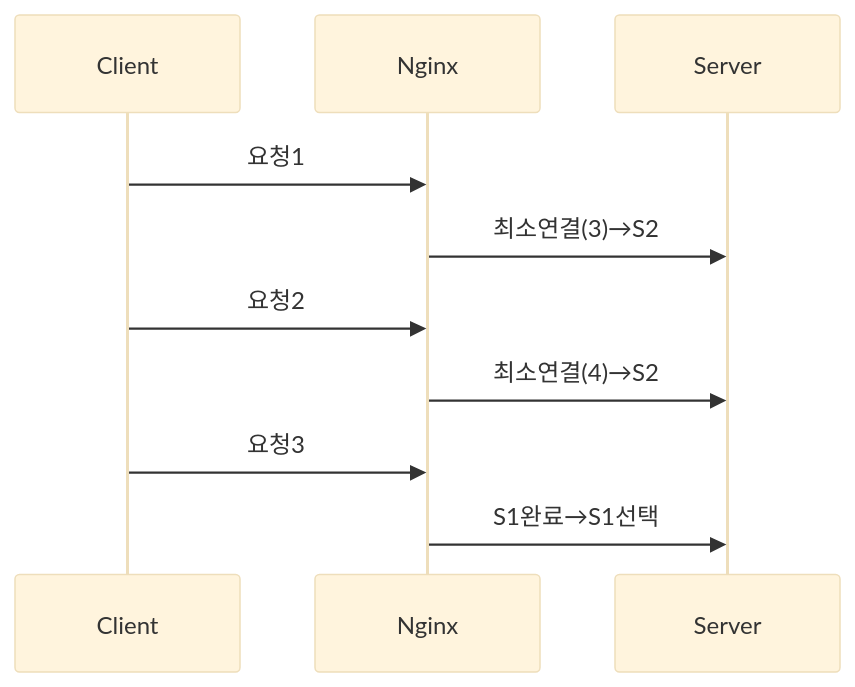
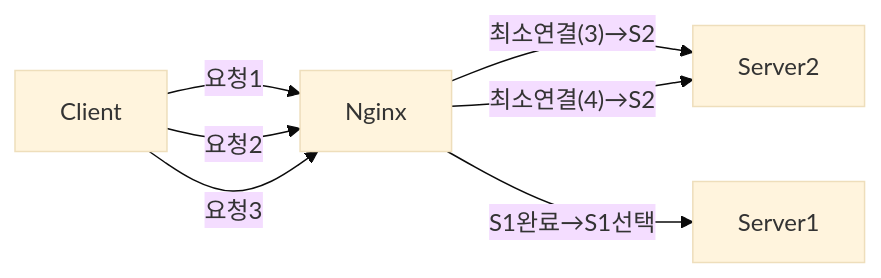
One commit to yjkim2015/yjkim2015.github.io changed the tenth of 18 diagrams in _posts/server/2026-05-01-nginx.md. Above: the diagram before and after it, drawn with Mermaid (base theme). The commit also changed other lines of this file and 32 other files, not shown here.

First line of the commit message:
sequenceDiagram 82개 → graph LR 변환 완료

````diff
--- a/_posts/server/2026-05-01-nginx.md
+++ b/_posts/server/2026-05-01-nginx.md
@@ -375,12 +372,9 @@
 ```mermaid
-sequenceDiagram
-    participant C as Client
-    participant N as Nginx
-    participant S as Server
-    C->>N: 요청1
-    N->>S: 최소연결(3)→S2
-    C->>N: 요청2
-    N->>S: 최소연결(4)→S2
-    C->>N: 요청3
-    N->>S: S1완료→S1선택
+graph LR
+    C["Client"] -->|"요청1"| N["Nginx"]
+    N -->|"최소연결(3)→S2"| S2["Server2"]
+    C -->|"요청2"| N
+    N -->|"최소연결(4)→S2"| S2
+    C -->|"요청3"| N
+    N -->|"S1완료→S1선택"| S1["Server1"]
 ```
````
